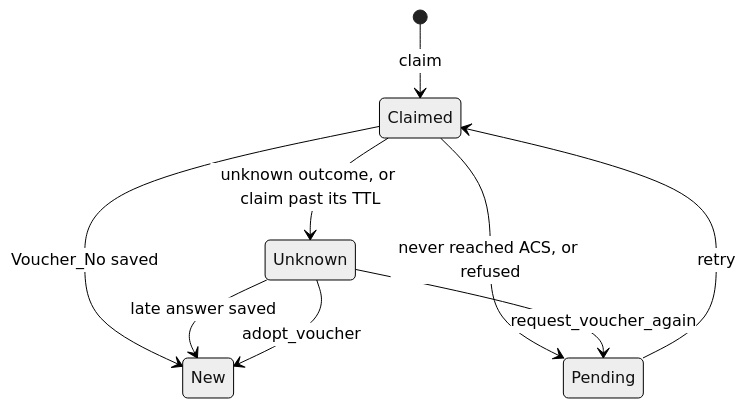
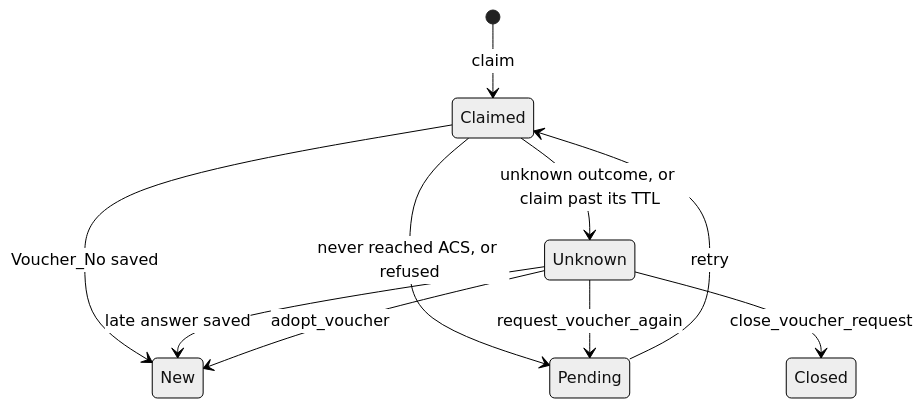
The second of 2 diagrams in src/dev/flows/shipping.md (vasilistotskas/grooveshop-docs), drawn with Mermaid (neutral theme) before and after one commit. The commit also changed other lines of this file and 6 other files, not shown here.

Commit message:
docs(admin): match the final ACS voucher check code (close action, hand confirmation, delete rules)

````diff
--- a/src/dev/flows/shipping.md
+++ b/src/dev/flows/shipping.md
@@ -270,11 +270,12 @@
 ```mermaid
 stateDiagram-v2
     [*] --> Claimed: claim
     Claimed --> New: Voucher_No saved
     Claimed --> Pending: never reached ACS, or refused
     Claimed --> Unknown: unknown outcome, or claim past its TTL
     Unknown --> New: late answer saved
     Unknown --> New: adopt_voucher
     Unknown --> Pending: request_voucher_again
+    Unknown --> Closed: close_voucher_request
     Pending --> Claimed: retry
 ```
````
